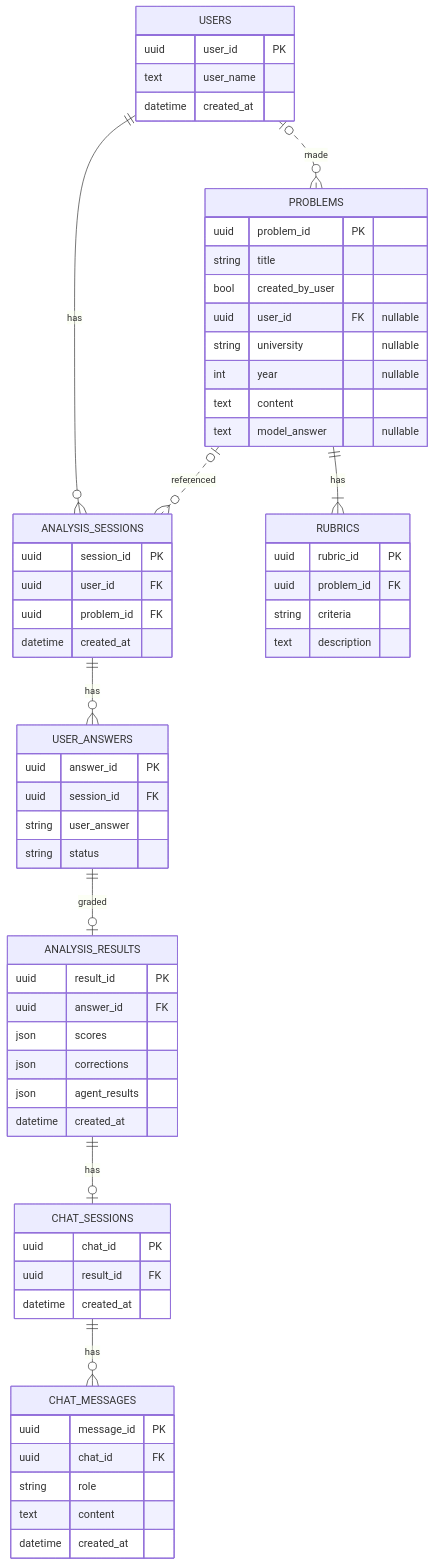
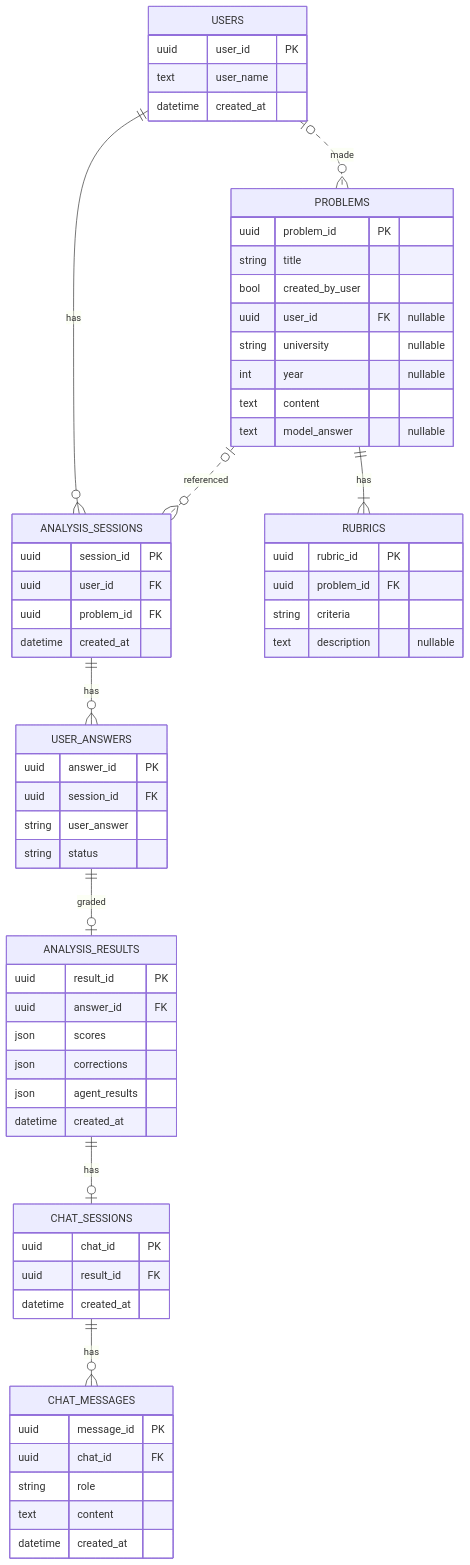
One commit to bookyoulove/paragraphy changed the diagram in 설계문서/ERD.md. Above: the diagram before and after it, drawn with Mermaid.

Commit message:
설명은 선택사항

````diff
--- a/설계문서/ERD.md
+++ b/설계문서/ERD.md
@@ -1,72 +1,72 @@
 ```mermaid
 erDiagram
     USERS ||--o{ ANALYSIS_SESSIONS : has
     USERS |o..o{ PROBLEMS : made
     PROBLEMS ||--|{ RUBRICS : has
     ANALYSIS_SESSIONS ||--o{ USER_ANSWERS : has
     USER_ANSWERS ||--o| ANALYSIS_RESULTS : graded
     PROBLEMS |o..o{ ANALYSIS_SESSIONS : referenced
     ANALYSIS_RESULTS ||--o| CHAT_SESSIONS : has
     CHAT_SESSIONS ||--o{ CHAT_MESSAGES : has
 
     USERS {
         uuid user_id PK
         text user_name
         datetime created_at
     }
 
     PROBLEMS {
         uuid problem_id PK
         string title
         bool created_by_user
         uuid user_id FK "nullable"
         string university "nullable"
         int year "nullable"
         text content
         text model_answer "nullable"
     }
 
     RUBRICS {
         uuid rubric_id PK
         uuid problem_id FK
         string criteria
-        text description
+        text description "nullable"
     }
 
     ANALYSIS_SESSIONS {
         uuid session_id PK
         uuid user_id FK
         uuid problem_id FK
         datetime created_at
     }
 
     USER_ANSWERS {
         uuid answer_id PK
         uuid session_id FK
         string user_answer
         string status
     }
 
     ANALYSIS_RESULTS {
         uuid result_id PK
         uuid answer_id FK
         json scores
         json corrections
         json agent_results
         datetime created_at
     }
 
     CHAT_SESSIONS {
         uuid chat_id PK
         uuid result_id FK
         datetime created_at
     }
 
     CHAT_MESSAGES {
         uuid message_id PK
         uuid chat_id FK
         string role
         text content
         datetime created_at
     }
 ```
````
